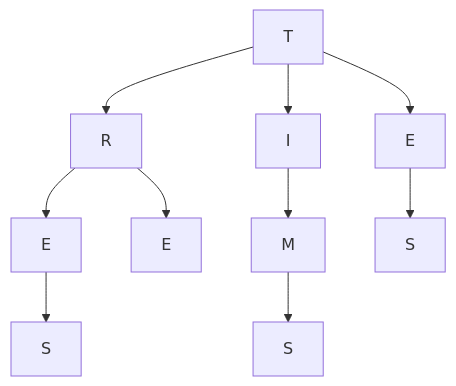
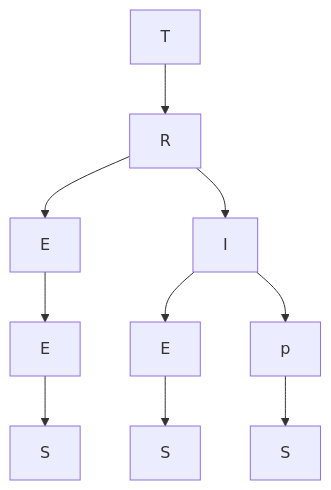
Before and after one commit to Marcelckp/Algo_and_Ds: the diagram in DataStructures/Tries/Tries.md, drawn with Mermaid. The commit also changed other lines of this file, not shown here.

Commit message:
chore: corrected auto correct implementation of char trie word match

````diff
--- a/DataStructures/Tries/Tries.md
+++ b/DataStructures/Tries/Tries.md
@@ -7,13 +7,13 @@
 ```mermaid
 graph TD
     A[T]
     A --> B[R]
-    A --> C[I]
-    A --> D[E]
-    B --> E[E]
-    B --> F[E]
-    C --> G[M]
-    D --> H[S]
-    E --> I[S]
-    G --> J[S]
+    B --> C[E]
+    C --> D[E]
+    D --> E[S]
+    B --> F[I]
+    F --> G[E]
+    G --> H[S]
+    F --> I[p]
+    I --> K[S]
 ```
````
